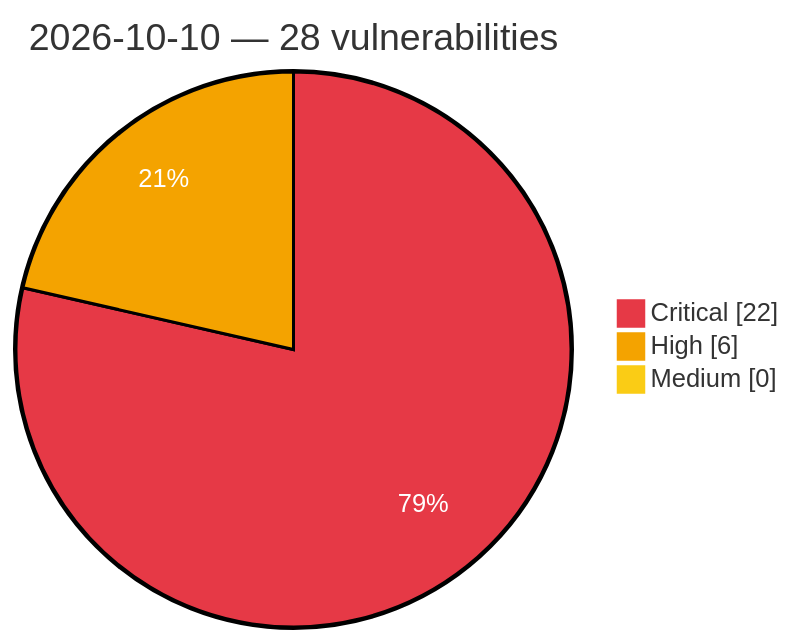
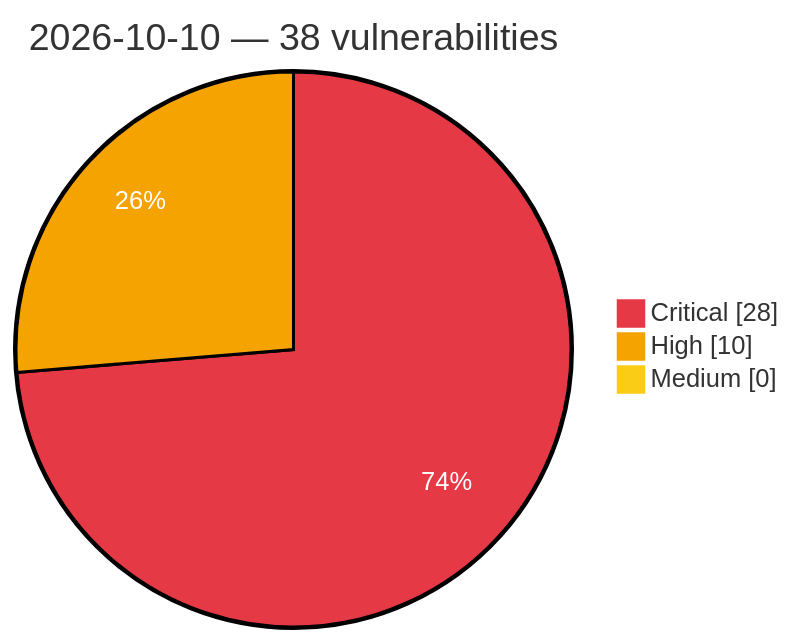
Before and after one commit to GhostX0X/vuln-tracker: the diagram in vulnerabilities/2026/October/2026-10-10.md, drawn with Mermaid. The commit also changed other lines of this file and 5 other files, not shown here.

Commit message:
Auto update: critical/high vulns (2026-10-10 19:31 UTC)

````diff
--- a/vulnerabilities/2026/October/2026-10-10.md
+++ b/vulnerabilities/2026/October/2026-10-10.md
@@ -3,8 +3,8 @@
 ```mermaid
 %%{init: {'theme':'base', 'themeVariables': {'pie1':'#e63946', 'pie2':'#f4a300', 'pie3':'#facc15', 'pieOpacity':'1', 'pieOuterStrokeWidth':'2px', 'pieSectionTextColor':'#ffffff'}}}%%
 pie showData
-    title 2026-10-10 — 28 vulnerabilities
-    "Critical" : 22
-    "High" : 6
+    title 2026-10-10 — 38 vulnerabilities
+    "Critical" : 28
+    "High" : 10
     "Medium" : 0
 ```
````
